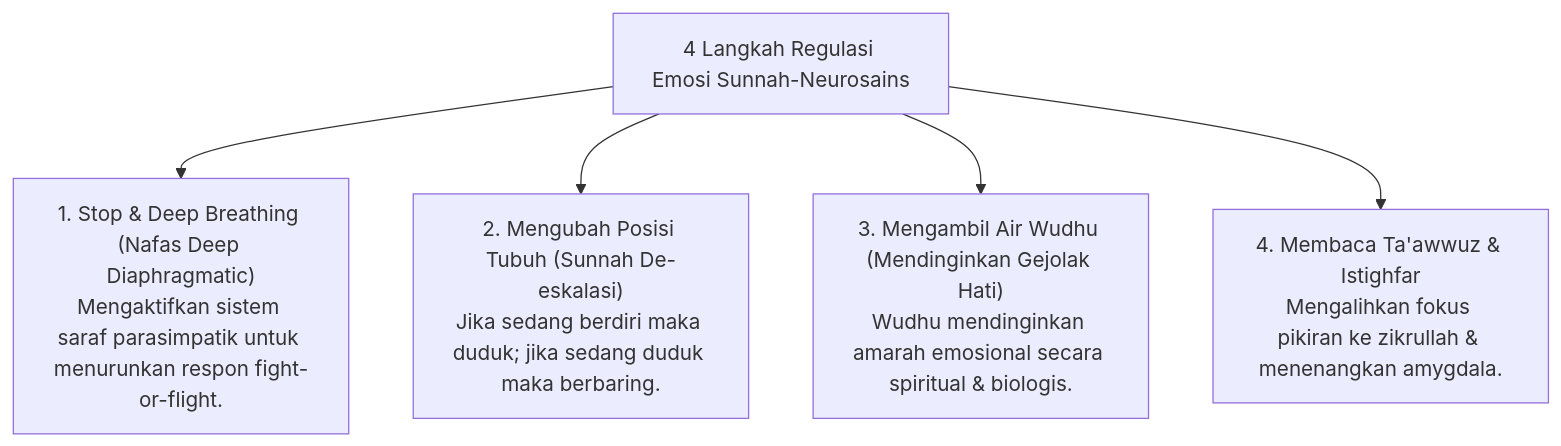
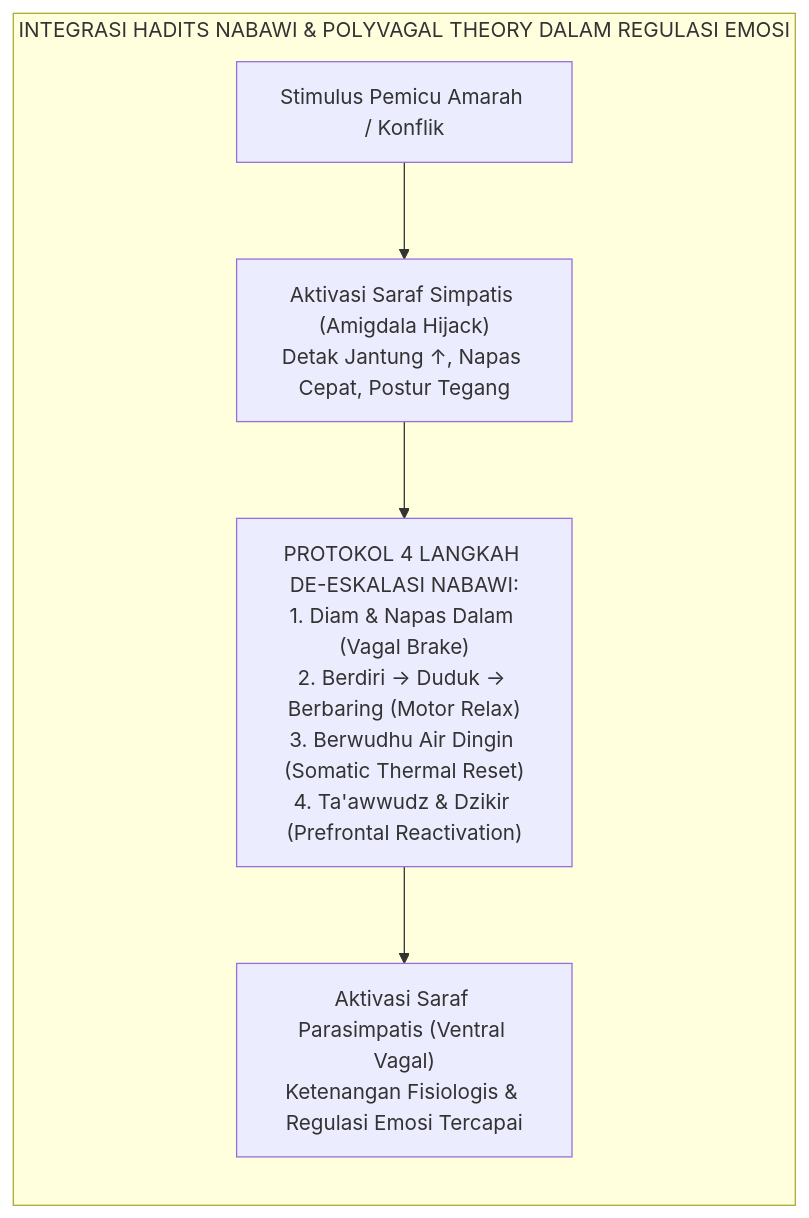
The first of 2 diagrams in 08 Integrated Approaches/02 SEL/P8-02-02-Modul-Pengembangan-Regulasi-Emosi-dan-Mujahadah.md (wandiapriliyandi/tumbuh), drawn with Mermaid before and after one commit. The commit also changed other lines of this file and 3 other files, not shown here.

````diff
--- a/08 Integrated Approaches/02 SEL/P8-02-02-Modul-Pengembangan-Regulasi-Emosi-dan-Mujahadah.md
+++ b/08 Integrated Approaches/02 SEL/P8-02-02-Modul-Pengembangan-Regulasi-Emosi-dan-Mujahadah.md
@@ -14,8 +28,8 @@
 ```mermaid
-graph TD
-    EmotionRegulationSteps["4 Langkah Regulasi Emosi Sunnah-Neurosains"]
-    EmotionRegulationSteps --> StopPause["1. Stop & Deep Breathing (Nafas Deep Diaphragmatic)<br/>Mengaktifkan sistem saraf parasimpatik untuk menurunkan respon fight-or-flight."]
-    EmotionRegulationSteps --> ChangePosition["2. Mengubah Posisi Tubuh (Sunnah De-eskalasi)<br/>Jika sedang berdiri maka duduk; jika sedang duduk maka berbaring."]
-    EmotionRegulationSteps --> TakeWudhu["3. Mengambil Air Wudhu (Mendinginkan Gejolak Hati)<br/>Wudhu mendinginkan amarah emosional secara spiritual & biologis."]
-    EmotionRegulationSteps --> Taawwuz["4. Membaca Ta'awwuz & Istighfar<br/>Mengalihkan fokus pikiran ke zikrullah & menenangkan amygdala."]
+flowchart LR
+    subgraph PolyvagalRegulation["INTEGRASI HADITS NABAWI & POLYVAGAL THEORY DALAM REGULASI EMOSI"]
+        Trigger["Stimulus Pemicu Amarah / Konflik"] --> Sympathetic["Aktivasi Saraf Simpatis (Amigdala Hijack)<br/>Detak Jantung ↑, Napas Cepat, Postur Tegang"]
+        Sympathetic --> NabawiProtocol["PROTOKOL 4 LANGKAH DE-ESKALASI NABAWI:<br/>1. Diam & Napas Dalam (Vagal Brake)<br/>2. Berdiri → Duduk → Berbaring (Motor Relax)<br/>3. Berwudhu Air Dingin (Somatic Thermal Reset)<br/>4. Ta'awwudz & Dzikir (Prefrontal Reactivation)"]
+        NabawiProtocol --> Parasympathetic["Aktivasi Saraf Parasimpatis (Ventral Vagal)<br/>Ketenangan Fisiologis & Regulasi Emosi Tercapai"]
+    end
 ```
````
